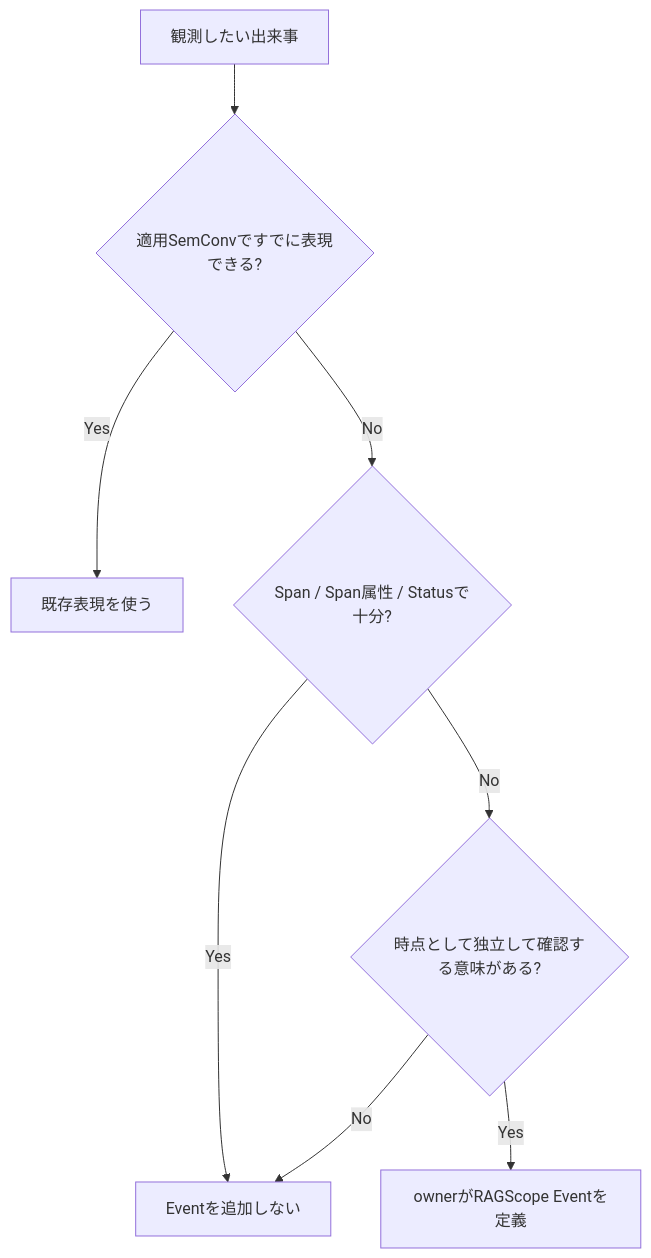
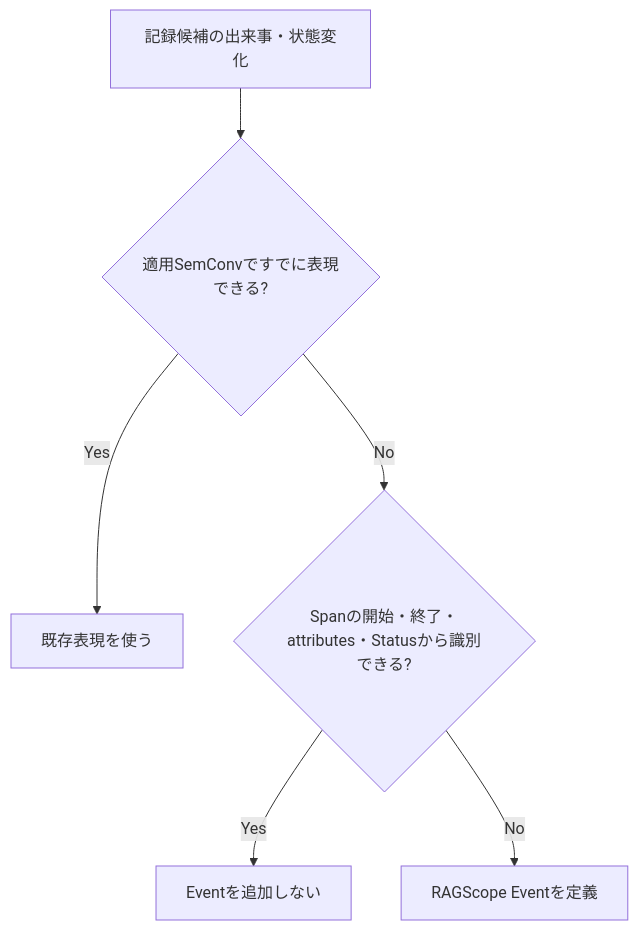
Before and after one commit to takashit16833/Workbench: the diagram in Notes/RAGScope/RAGScopeアプリケーション/RS-0023 Logs設計メモ.md, drawn with Mermaid. The commit also changed other lines of this file, not shown here.

````diff
--- a/Notes/RAGScope/RAGScopeアプリケーション/RS-0023 Logs設計メモ.md
+++ b/Notes/RAGScope/RAGScopeアプリケーション/RS-0023 Logs設計メモ.md
@@ -37,10 +45,8 @@
 ```mermaid
 flowchart TD
-    A["観測したい出来事"] --> B{"適用SemConvですでに表現できる?"}
+    A["記録候補の出来事・状態変化"] --> B{"適用SemConvですでに表現できる?"}
     B -->|Yes| C["既存表現を使う"]
-    B -->|No| D{"Span / Span属性 / Statusで十分?"}
+    B -->|No| D{"Spanの開始・終了・attributes・Statusから識別できる?"}
     D -->|Yes| E["Eventを追加しない"]
-    D -->|No| F{"時点として独立して確認する意味がある?"}
-    F -->|No| E
-    F -->|Yes| G["ownerがRAGScope Eventを定義"]
+    D -->|No| F["RAGScope Eventを定義"]
 ```
````
